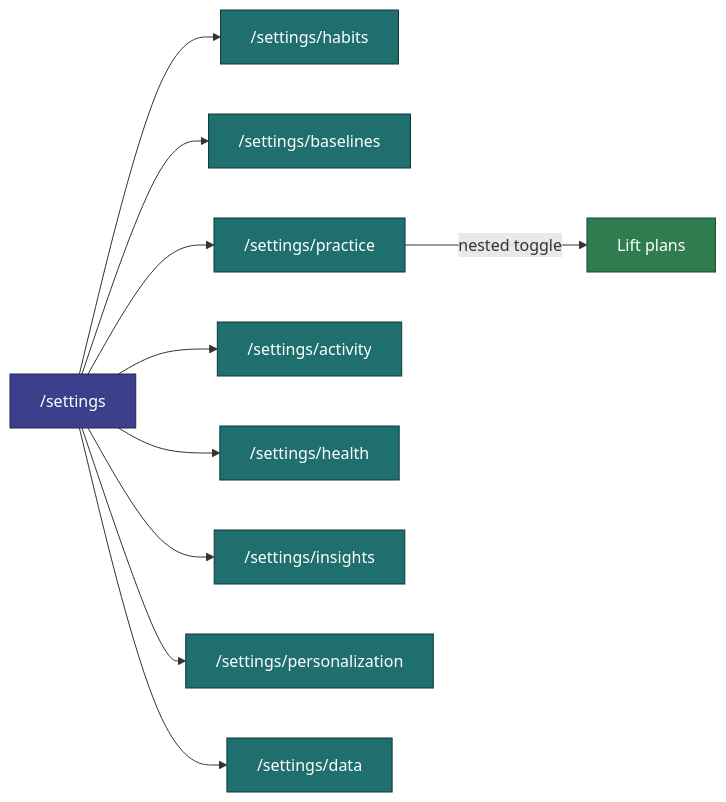
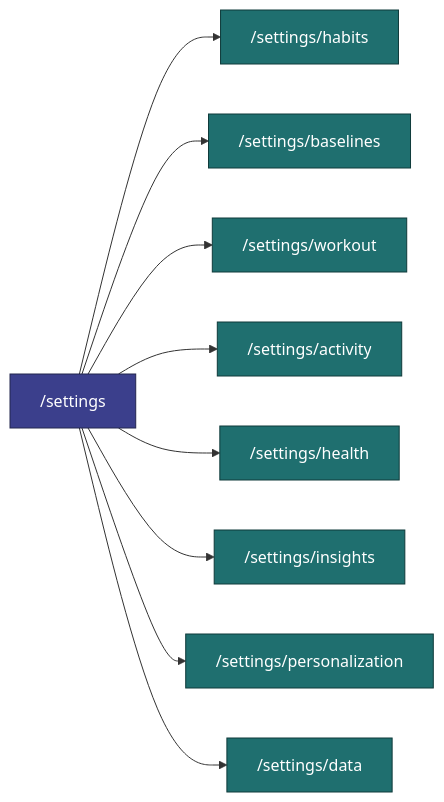
One commit to jermbo/CosmicWorkOut changed the first of 2 diagrams in docs/requirements/settings-preferences.md. Above: the diagram before and after it, drawn with Mermaid. The commit also changed other lines of this file and 8 other files, not shown here.

````diff
--- a/docs/requirements/settings-preferences.md
+++ b/docs/requirements/settings-preferences.md
@@ -54,20 +53,17 @@
 ```mermaid
 flowchart LR
     Hub["/settings"]
     Hub --> Hab["/settings/habits"]
     Hub --> Base["/settings/baselines"]
-    Hub --> Prac["/settings/practice"]
+    Hub --> Work["/settings/workout"]
     Hub --> Act["/settings/activity"]
     Hub --> Hea["/settings/health"]
     Hub --> Ins["/settings/insights"]
     Hub --> Per["/settings/personalization"]
     Hub --> Data["/settings/data"]
-    Prac -->|nested toggle| Lift[Lift plans]
 
     classDef hub fill:#3b3f8c,stroke:#23264f,color:#ffffff;
     classDef route fill:#1f6f6f,stroke:#0f3a3a,color:#ffffff;
-    classDef toggle fill:#2f7d4f,stroke:#1a472d,color:#ffffff;
     class Hub hub;
-    class Hab,Base,Prac,Act,Hea,Ins,Per,Data route;
-    class Lift toggle;
+    class Hab,Base,Work,Act,Hea,Ins,Per,Data route;
 ```
````
